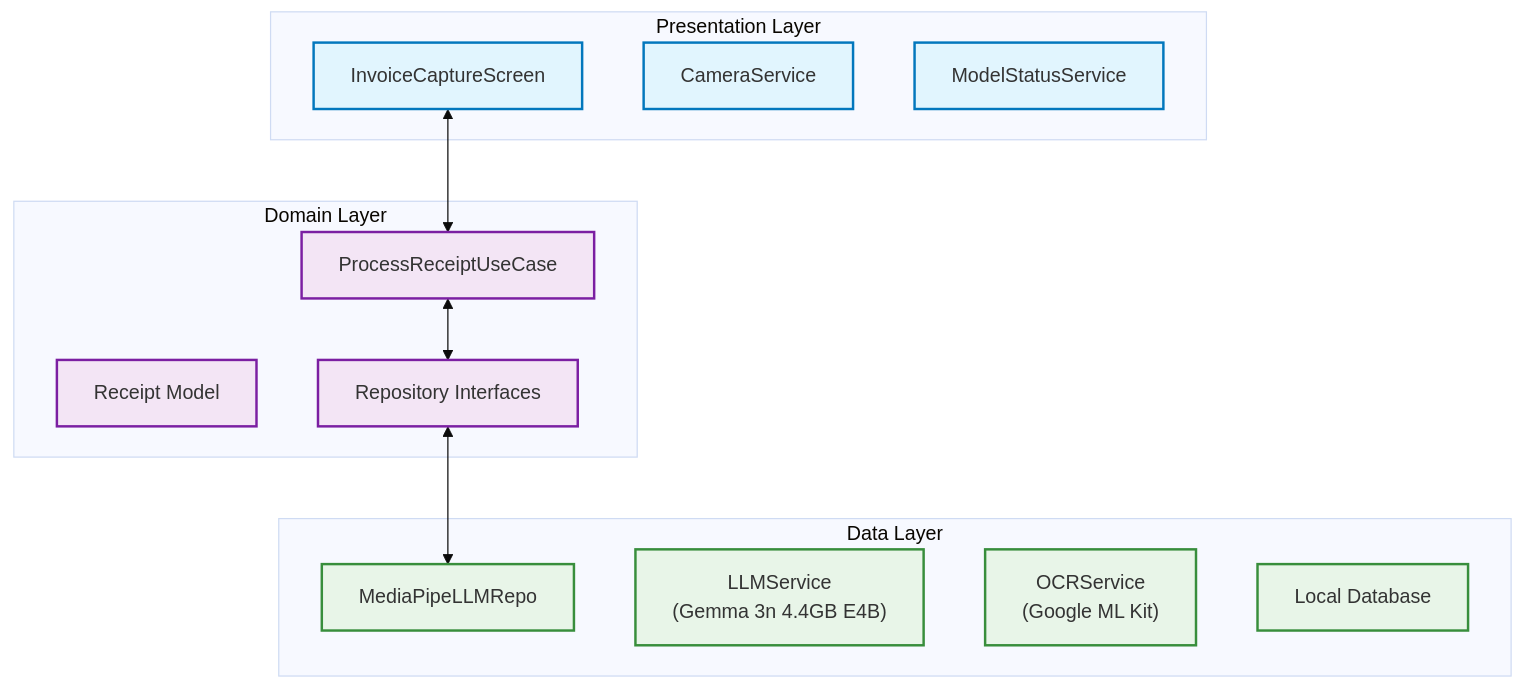
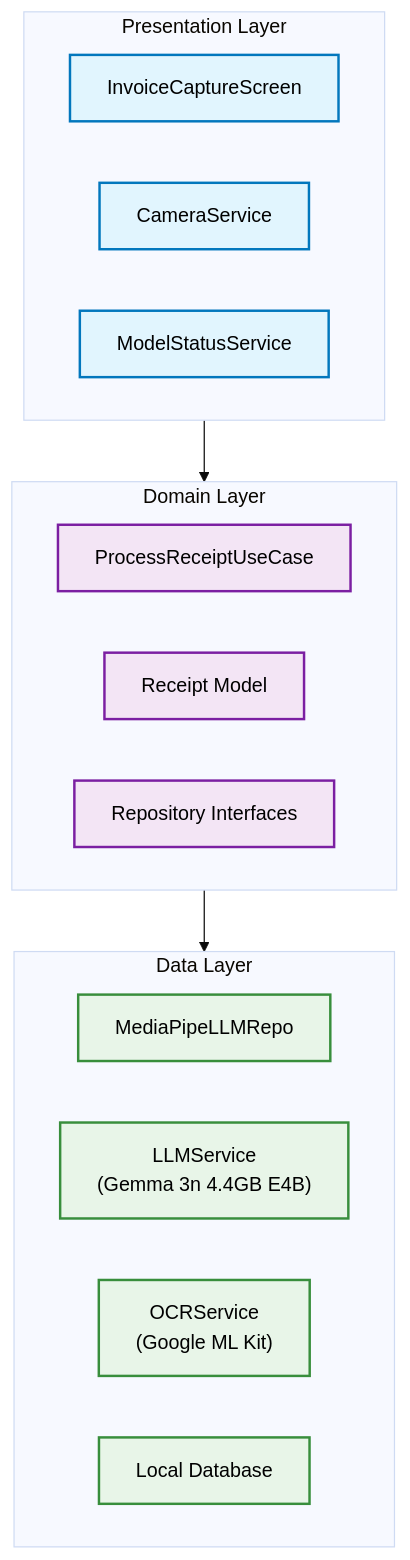
The diagram in docs/TECHNICAL_WRITEUP_BRIEF.md (gryphon2411/Checkstand), drawn with Mermaid (base theme) before and after one commit.

Commit message:
Fix architecture diagram

````diff
--- a/docs/TECHNICAL_WRITEUP_BRIEF.md
+++ b/docs/TECHNICAL_WRITEUP_BRIEF.md
@@ -37,33 +37,33 @@
 ```mermaid
-graph TD
-    subgraph "Presentation Layer"
+flowchart TD
+    subgraph presentation ["Presentation Layer"]
         A[InvoiceCaptureScreen]
         B[CameraService] 
         C[ModelStatusService]
     end
     
-    subgraph "Domain Layer"
+    subgraph domain ["Domain Layer"]
         D[ProcessReceiptUseCase]
         E[Receipt Model]
         F[Repository Interfaces]
     end
     
-    subgraph "Data Layer"
+    subgraph data ["Data Layer"]
         G[MediaPipeLLMRepo]
         H["LLMService<br/>(Gemma 3n 4.4GB E4B)"]
         I["OCRService<br/>(Google ML Kit)"]
         J[Local Database]
     end
     
-    A <--> D
-    D <--> F
-    F <--> G
+    %% Clean Architecture Dependencies (Subgraph to Subgraph)
+    presentation --> domain
+    domain --> data
     
-    classDef presentation fill:#e1f5fe,stroke:#0277bd,stroke-width:2px
-    classDef domain fill:#f3e5f5,stroke:#7b1fa2,stroke-width:2px
-    classDef data fill:#e8f5e8,stroke:#388e3c,stroke-width:2px
+    classDef presentation fill:#e1f5fe,stroke:#0277bd,stroke-width:2px,color:#000
+    classDef domain fill:#f3e5f5,stroke:#7b1fa2,stroke-width:2px,color:#000
+    classDef data fill:#e8f5e8,stroke:#388e3c,stroke-width:2px,color:#000
     
     class A,B,C presentation
     class D,E,F domain
     class G,H,I,J data
 ```
````
